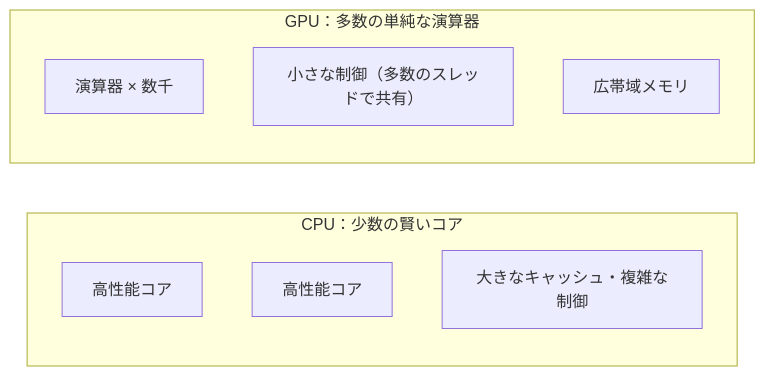
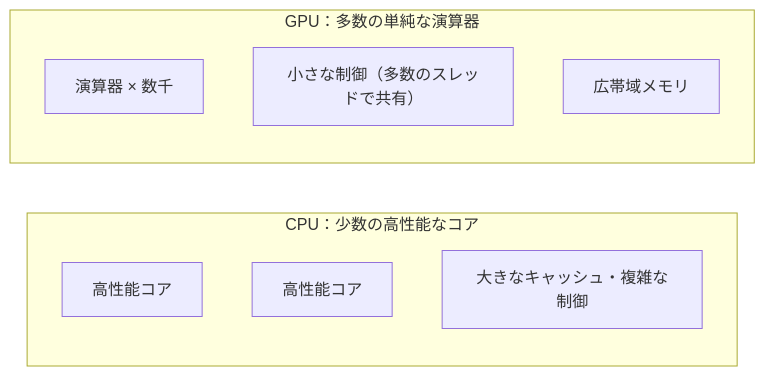
The first of 15 diagrams in src/content/tech/architecture/10-gpu-architecture.md (mutomasa/engineering-research-portfolio), drawn with Mermaid before and after one commit. The commit also changed other lines of this file and 11 other files, not shown here.

First line of the commit message:
Polish the Architecture book's Japanese and fix glossary chapter links

````diff
--- a/src/content/tech/architecture/10-gpu-architecture.md
+++ b/src/content/tech/architecture/10-gpu-architecture.md
@@ -33,13 +33,13 @@
 ```mermaid
 flowchart LR
-    subgraph CPU["CPU：少数の賢いコア"]
+    subgraph CPU["CPU：少数の高性能なコア"]
         c1["高性能コア"]
         c2["高性能コア"]
         cc["大きなキャッシュ・複雑な制御"]
     end
     subgraph GPU["GPU：多数の単純な演算器"]
         g1["演算器 × 数千"]
         g2["小さな制御（多数のスレッドで共有）"]
         g3["広帯域メモリ"]
     end
 ```
````
